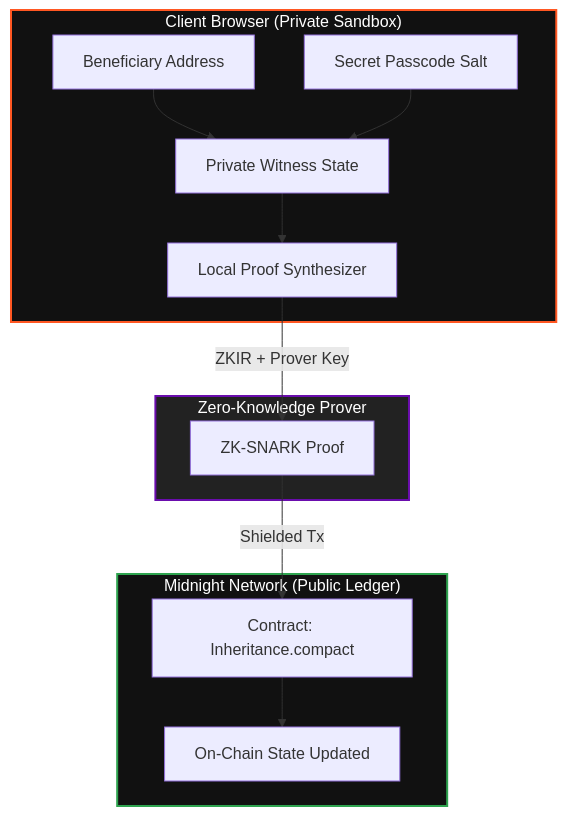
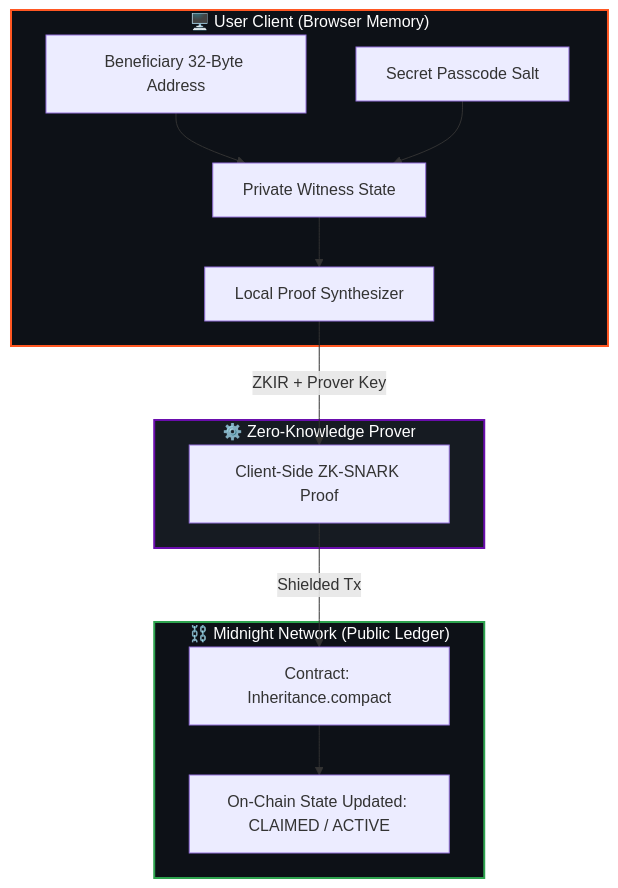
The diagram in README.md (nagarekhushi04/midnight), drawn with Mermaid before and after one commit. The commit also changed other lines of this file, not shown here.

Commit message:
docs: prettify README with highlighted preprod contract address and submission matrix

````diff
--- a/README.md
+++ b/README.md
@@ -57,21 +75,21 @@
 ```mermaid
 flowchart TD
-    subgraph Client ["Client Browser (Private Sandbox)"]
-        A[Beneficiary Address] --> C[Private Witness State]
+    subgraph Client ["🖥️ User Client (Browser Memory)"]
+        A[Beneficiary 32-Byte Address] --> C[Private Witness State]
         B[Secret Passcode Salt] --> C
         C --> D[Local Proof Synthesizer]
     end
 
-    subgraph Proof ["Zero-Knowledge Prover"]
-        D -->|ZKIR + Prover Key| E[ZK-SNARK Proof]
+    subgraph Prover ["⚙️ Zero-Knowledge Prover"]
+        D -->|ZKIR + Prover Key| E[Client-Side ZK-SNARK Proof]
     end
 
-    subgraph Ledger ["Midnight Network (Public Ledger)"]
+    subgraph Ledger ["⛓️ Midnight Network (Public Ledger)"]
         E -->|Shielded Tx| F[Contract: Inheritance.compact]
-        F --> G[On-Chain State Updated]
+        F --> G[On-Chain State Updated: CLAIMED / ACTIVE]
     end
 
-    style Client fill:#111,stroke:#ff5722,stroke-width:2px,color:#fff
-    style Proof fill:#222,stroke:#6A0DAD,stroke-width:2px,color:#fff
-    style Ledger fill:#111,stroke:#2ea44f,stroke-width:2px,color:#fff
+    style Client fill:#0d1117,stroke:#ff5722,stroke-width:2px,color:#fff
+    style Prover fill:#161b22,stroke:#6A0DAD,stroke-width:2px,color:#fff
+    style Ledger fill:#0d1117,stroke:#2ea44f,stroke-width:2px,color:#fff
 ```
````
